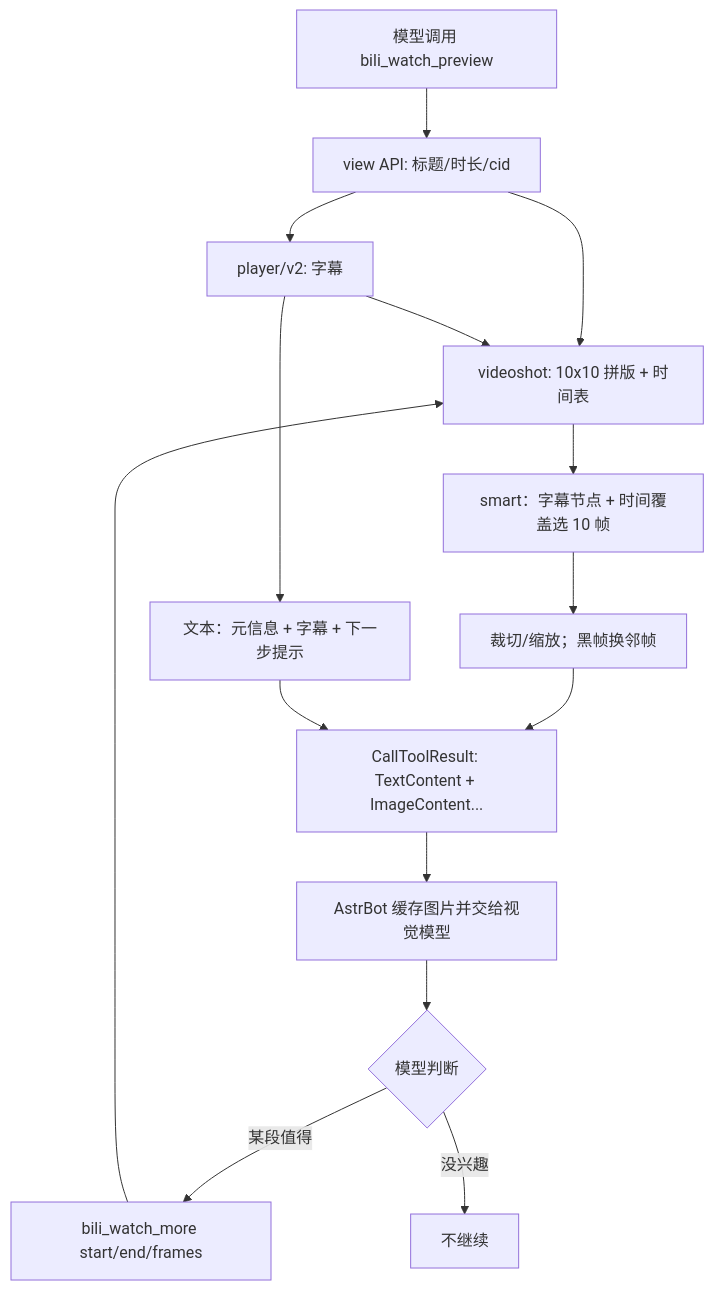
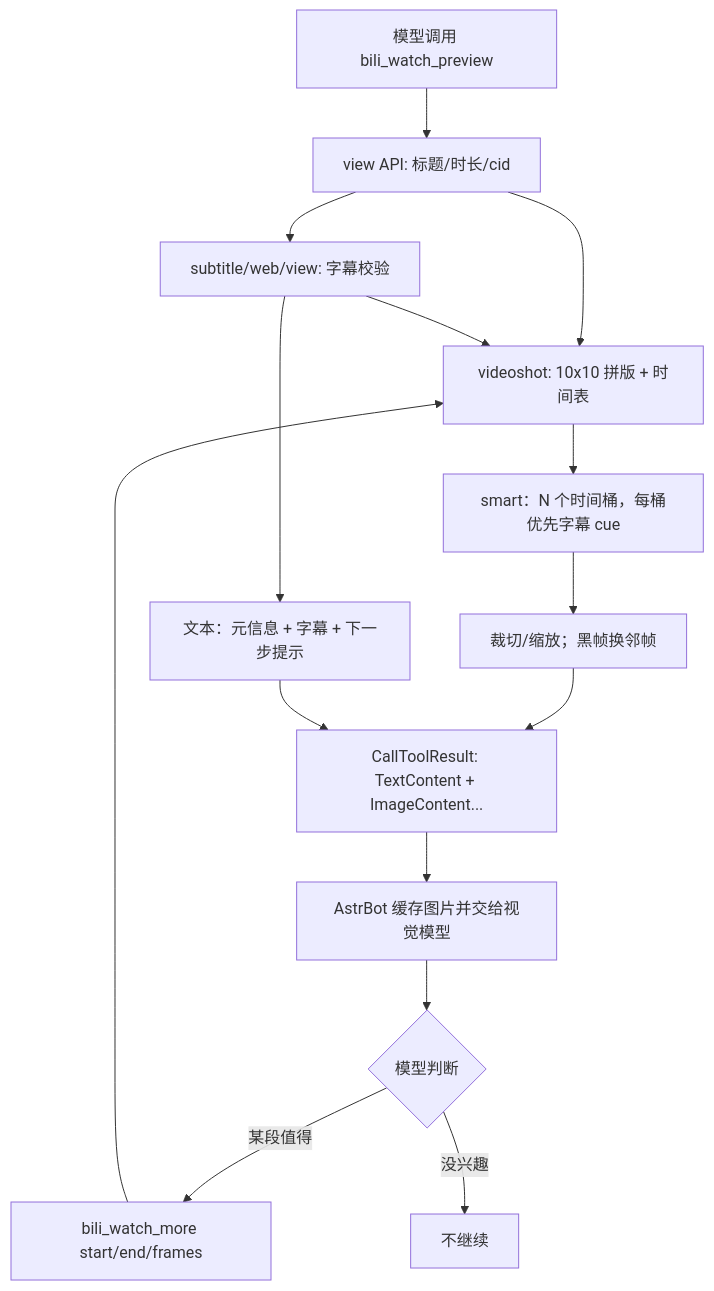
Before and after one commit to QKqiuku/astrbot_plugin_bili_watch: the diagram in README.md, drawn with Mermaid. The commit also changed other lines of this file and 7 other files, not shown here.

````diff
--- a/README.md
+++ b/README.md
@@ -210,17 +213,17 @@
 ```mermaid
 flowchart TB
   A[模型调用 bili_watch_preview] --> B[view API: 标题/时长/cid]
   B --> C[videoshot: 10x10 拼版 + 时间表]
-  B --> D[player/v2: 字幕]
+  B --> D[subtitle/web/view: 字幕校验]
   D --> C
-  C --> E[smart：字幕节点 + 时间覆盖选 10 帧]
+  C --> E[smart：N 个时间桶，每桶优先字幕 cue]
   E --> F[裁切/缩放；黑帧换邻帧]
   D --> G[文本：元信息 + 字幕 + 下一步提示]
   F --> H[CallToolResult: TextContent + ImageContent...]
   G --> H
   H --> I[AstrBot 缓存图片并交给视觉模型]
   I --> J{模型判断}
   J -->|某段值得| K[bili_watch_more start/end/frames]
   J -->|没兴趣| L[不继续]
   K --> C
 ```
````
